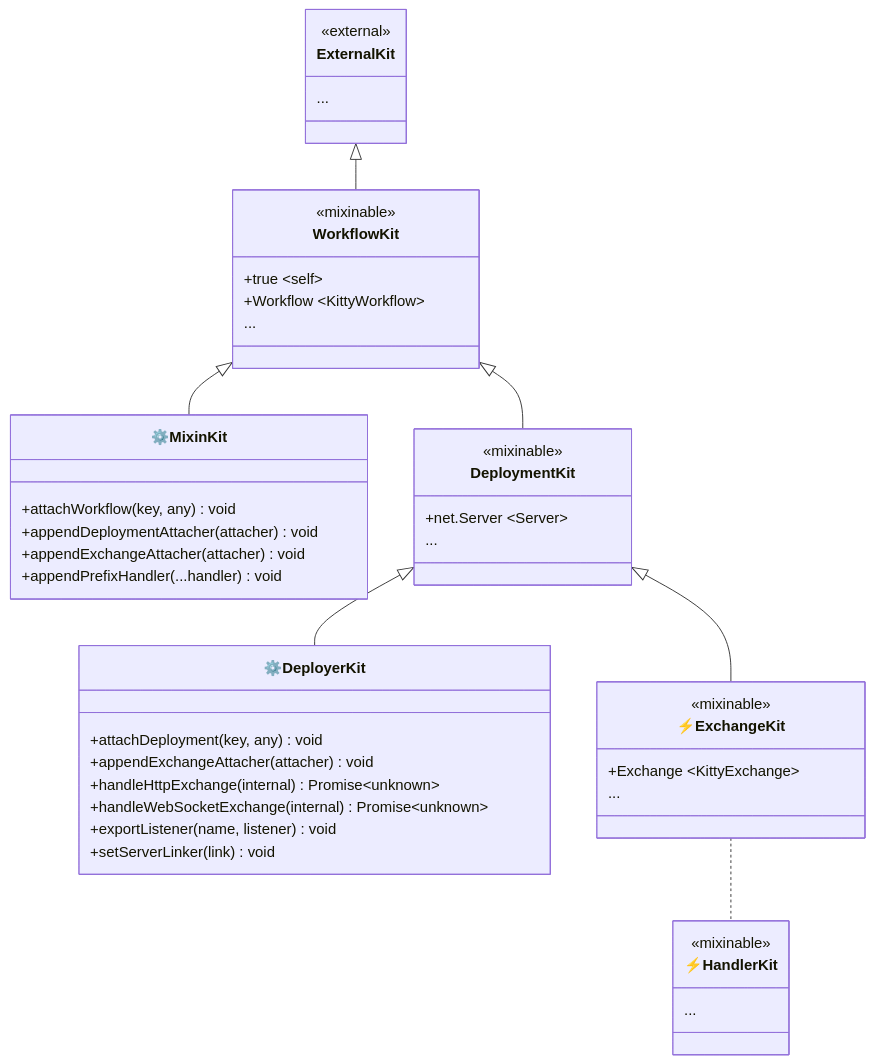
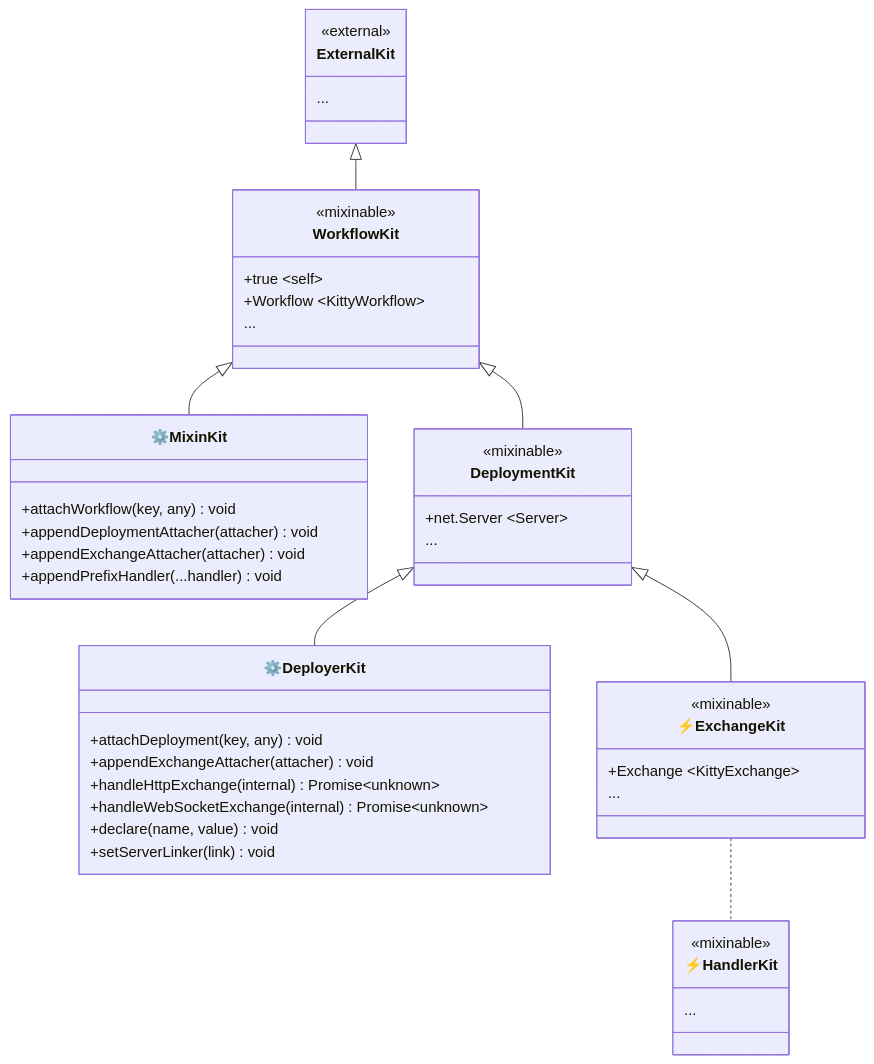
Before and after one commit to produck/kitty: the diagram in packages/workflow/ARCHITECTURE.md, drawn with Mermaid. The commit also changed other lines of this file and 11 other files, not shown here.

````diff
--- a/packages/workflow/ARCHITECTURE.md
+++ b/packages/workflow/ARCHITECTURE.md
@@ -85,49 +85,49 @@
 ```mermaid
 classDiagram
   class ExternalKit {
     <<external>>
     ...
   }
   class WorkflowKit {
     <<mixinable>>
     +true ~self~
     +Workflow ~KittyWorkflow~
     ...
   }
   class MixinKit["⚙️MixinKit"] {
     +attachWorkflow(key, any) void
     +appendDeploymentAttacher(attacher) void
     +appendExchangeAttacher(attacher) void
     +appendPrefixHandler(...handler) void
   }
   class DeploymentKit {
     <<mixinable>>
     +net.Server ~Server~
     ...
   }
   class DeployerKit["⚙️DeployerKit"] {
     +attachDeployment(key, any) void
     +appendExchangeAttacher(attacher) void
     +handleHttpExchange(internal) Promise~unknown~
     +handleWebSocketExchange(internal) Promise~unknown~
-    +exportListener(name, listener) void
+    +declare(name, value) void
     +setServerLinker(link) void
   }
   class ExchangeKit["⚡ExchangeKit"] {
     <<mixinable>>
     +Exchange ~KittyExchange~
     ...
   }
   class HandlerKit["⚡HandlerKit"] {
     <<mixinable>>
     ...
   }
 
   ExternalKit <|-- WorkflowKit
   WorkflowKit <|-- MixinKit
   WorkflowKit <|-- DeploymentKit
   DeploymentKit <|-- ExchangeKit
   DeploymentKit <|-- DeployerKit
   ExchangeKit .. HandlerKit
 
 ```
````
